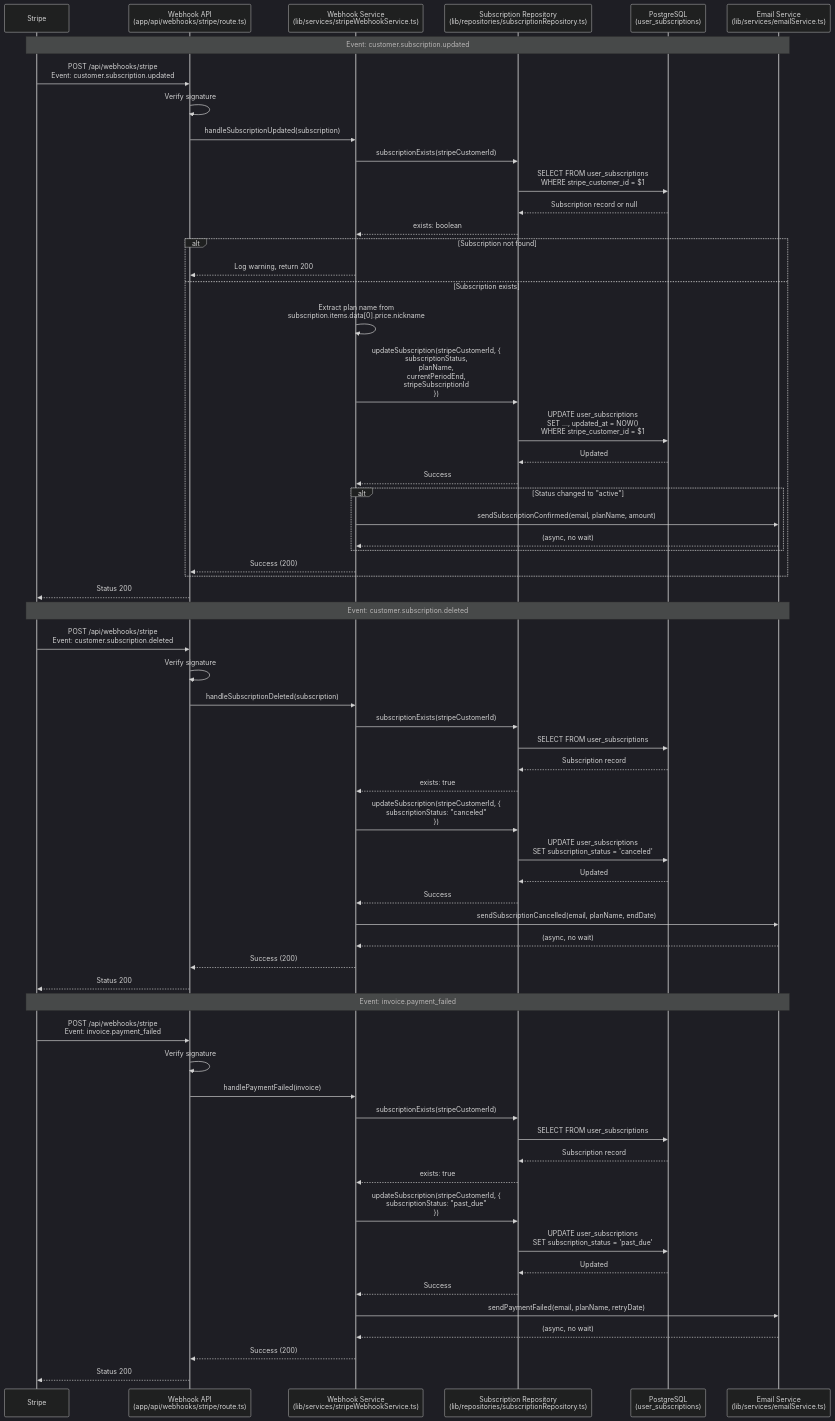
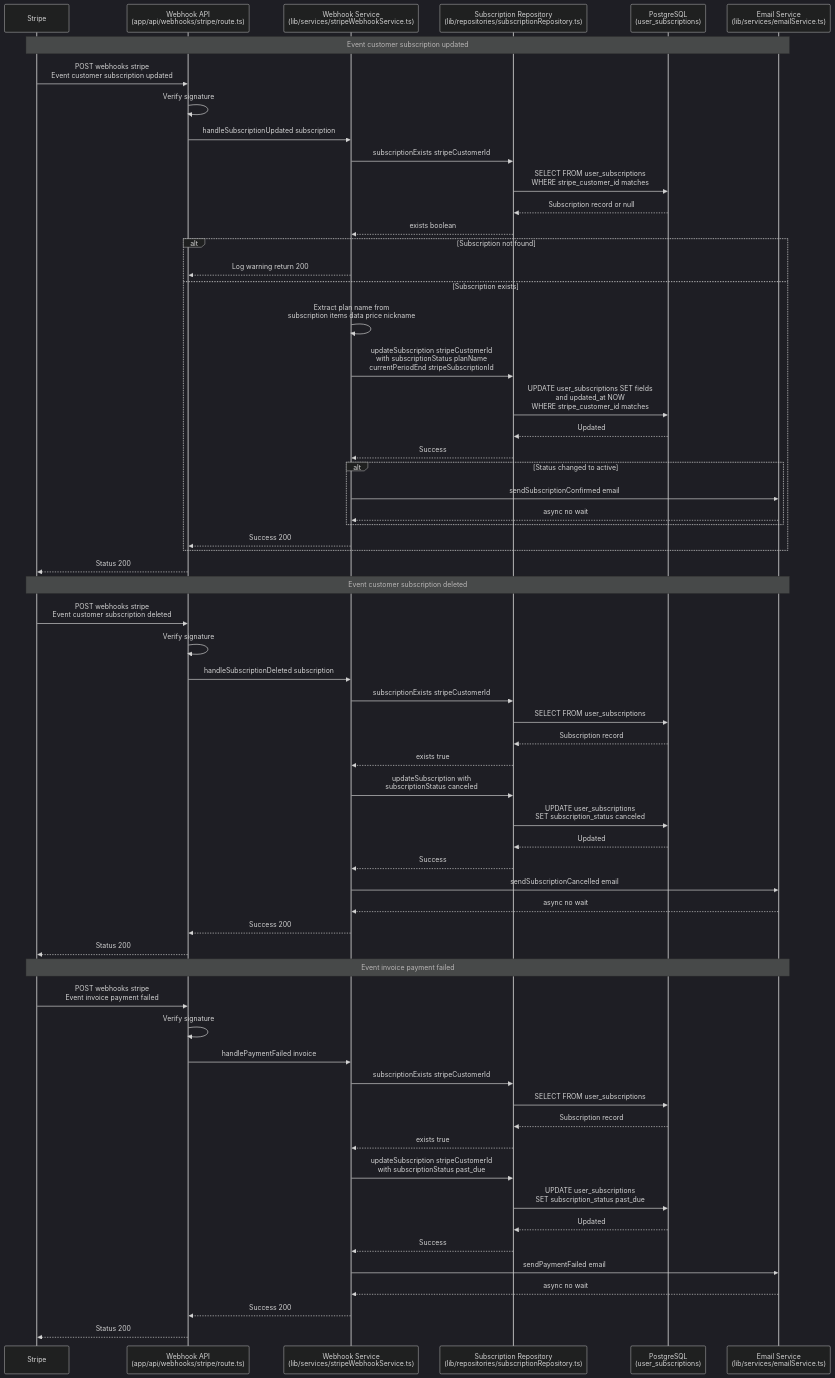
One commit to daniarthurwidodo/next-crm changed the fifth of 5 diagrams in docs/WORKFLOWS.md. Above: the diagram before and after it, drawn with Mermaid (dark theme). The commit also changed other lines of this file, not shown here.

Commit message:
refactor(workflows): improve clarity and consistency in sequence diagrams for authentication and registration processes

````diff
--- a/docs/WORKFLOWS.md
+++ b/docs/WORKFLOWS.md
@@ -293,80 +293,80 @@
     participant DB as PostgreSQL<br/>(user_subscriptions)
     participant Email as Email Service<br/>(lib/services/emailService.ts)
 
-    Note over Stripe,Email: Event: customer.subscription.updated
+    Note over Stripe,Email: Event customer subscription updated
 
-    Stripe->>Webhook: POST /api/webhooks/stripe<br/>Event: customer.subscription.updated
+    Stripe->>Webhook: POST webhooks stripe<br/>Event customer subscription updated
     Webhook->>Webhook: Verify signature
-    Webhook->>Service: handleSubscriptionUpdated(subscription)
+    Webhook->>Service: handleSubscriptionUpdated subscription
     
-    Service->>Repo: subscriptionExists(stripeCustomerId)
-    Repo->>DB: SELECT FROM user_subscriptions<br/>WHERE stripe_customer_id = $1
+    Service->>Repo: subscriptionExists stripeCustomerId
+    Repo->>DB: SELECT FROM user_subscriptions<br/>WHERE stripe_customer_id matches
     DB-->>Repo: Subscription record or null
-    Repo-->>Service: exists: boolean
+    Repo-->>Service: exists boolean
     
     alt Subscription not found
-        Service-->>Webhook: Log warning, return 200
+        Service-->>Webhook: Log warning return 200
     else Subscription exists
-        Service->>Service: Extract plan name from<br/>subscription.items.data[0].price.nickname
+        Service->>Service: Extract plan name from<br/>subscription items data price nickname
         
-        Service->>Repo: updateSubscription(stripeCustomerId, {<br/>  subscriptionStatus,<br/>  planName,<br/>  currentPeriodEnd,<br/>  stripeSubscriptionId<br/>})
+        Service->>Repo: updateSubscription stripeCustomerId<br/>with subscriptionStatus planName<br/>currentPeriodEnd stripeSubscriptionId
         
-        Repo->>DB: UPDATE user_subscriptions<br/>SET ..., updated_at = NOW()<br/>WHERE stripe_customer_id = $1
+        Repo->>DB: UPDATE user_subscriptions SET fields<br/>and updated_at NOW<br/>WHERE stripe_customer_id matches
         DB-->>Repo: Updated
         Repo-->>Service: Success
         
-        alt Status changed to "active"
-            Service->>Email: sendSubscriptionConfirmed(email, planName, amount)
-            Email-->>Service: (async, no wait)
+        alt Status changed to active
+            Service->>Email: sendSubscriptionConfirmed email
+            Email-->>Service: async no wait
         end
         
-        Service-->>Webhook: Success (200)
+        Service-->>Webhook: Success 200
     end
     Webhook-->>Stripe: Status 200
 
-    Note over Stripe,Email: Event: customer.subscription.deleted
+    Note over Stripe,Email: Event customer subscription deleted
 
-    Stripe->>Webhook: POST /api/webhooks/stripe<br/>Event: customer.subscription.deleted
+    Stripe->>Webhook: POST webhooks stripe<br/>Event customer subscription deleted
     Webhook->>Webhook: Verify signature
-    Webhook->>Service: handleSubscriptionDeleted(subscription)
+    Webhook->>Service: handleSubscriptionDeleted subscription
     
-    Service->>Repo: subscriptionExists(stripeCustomerId)
+    Service->>Repo: subscriptionExists stripeCustomerId
     Repo->>DB: SELECT FROM user_subscriptions
     DB-->>Repo: Subscription record
-    Repo-->>Service: exists: true
+    Repo-->>Service: exists true
     
-    Service->>Repo: updateSubscription(stripeCustomerId, {<br/>  subscriptionStatus: "canceled"<br/>})
+    Service->>Repo: updateSubscription with<br/>subscriptionStatus canceled
     
-    Repo->>DB: UPDATE user_subscriptions<br/>SET subscription_status = 'canceled'
+    Repo->>DB: UPDATE user_subscriptions<br/>SET subscription_status canceled
     DB-->>Repo: Updated
     Repo-->>Service: Success
     
-    Service->>Email: sendSubscriptionCancelled(email, planName, endDate)
-    Email-->>Service: (async, no wait)
+    Service->>Email: sendSubscriptionCancelled email
+    Email-->>Service: async no wait
     
-    Service-->>Webhook: Success (200)
+    Service-->>Webhook: Success 200
     Webhook-->>Stripe: Status 200
 
-    Note over Stripe,Email: Event: invoice.payment_failed
+    Note over Stripe,Email: Event invoice payment failed
 
-    Stripe->>Webhook: POST /api/webhooks/stripe<br/>Event: invoice.payment_failed
+    Stripe->>Webhook: POST webhooks stripe<br/>Event invoice payment failed
     Webhook->>Webhook: Verify signature
-    Webhook->>Service: handlePaymentFailed(invoice)
+    Webhook->>Service: handlePaymentFailed invoice
     
-    Service->>Repo: subscriptionExists(stripeCustomerId)
+    Service->>Repo: subscriptionExists stripeCustomerId
     Repo->>DB: SELECT FROM user_subscriptions
     DB-->>Repo: Subscription record
-    Repo-->>Service: exists: true
+    Repo-->>Service: exists true
     
-    Service->>Repo: updateSubscription(stripeCustomerId, {<br/>  subscriptionStatus: "past_due"<br/>})
+    Service->>Repo: updateSubscription stripeCustomerId<br/>with subscriptionStatus past_due
     
-    Repo->>DB: UPDATE user_subscriptions<br/>SET subscription_status = 'past_due'
+    Repo->>DB: UPDATE user_subscriptions<br/>SET subscription_status past_due
     DB-->>Repo: Updated
     Repo-->>Service: Success
     
-    Service->>Email: sendPaymentFailed(email, planName, retryDate)
-    Email-->>Service: (async, no wait)
+    Service->>Email: sendPaymentFailed email
+    Email-->>Service: async no wait
     
-    Service-->>Webhook: Success (200)
+    Service-->>Webhook: Success 200
     Webhook-->>Stripe: Status 200
 ```
````
